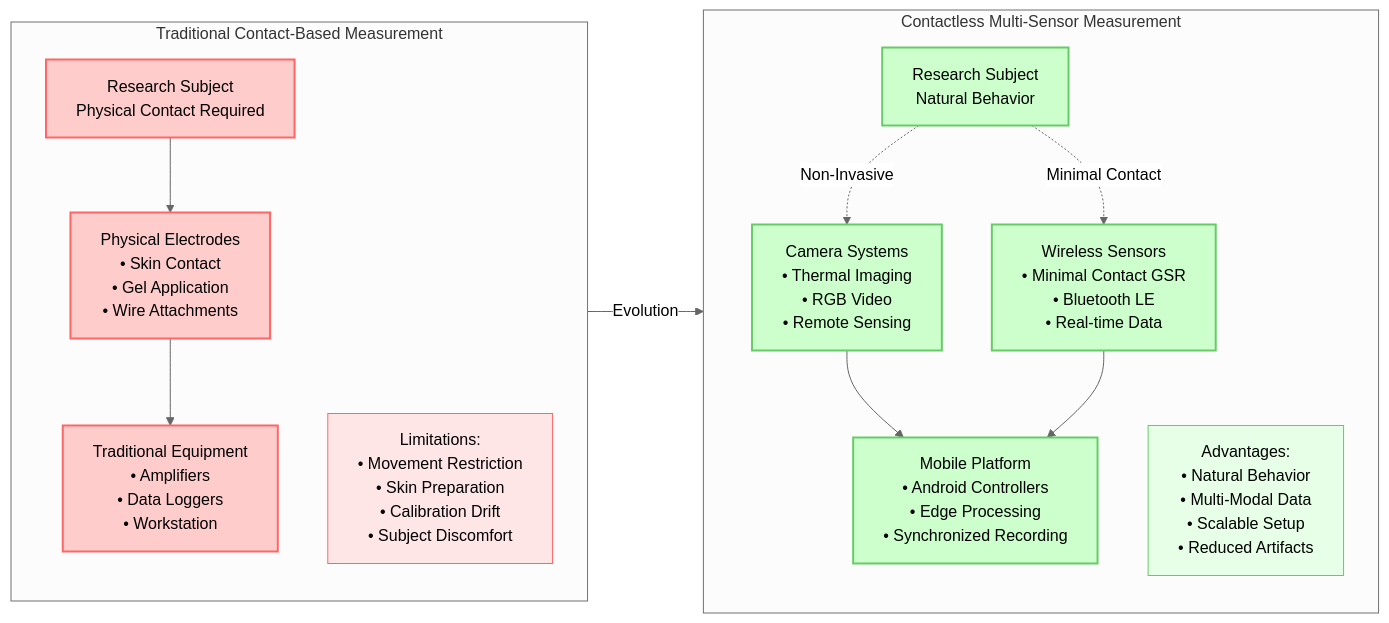
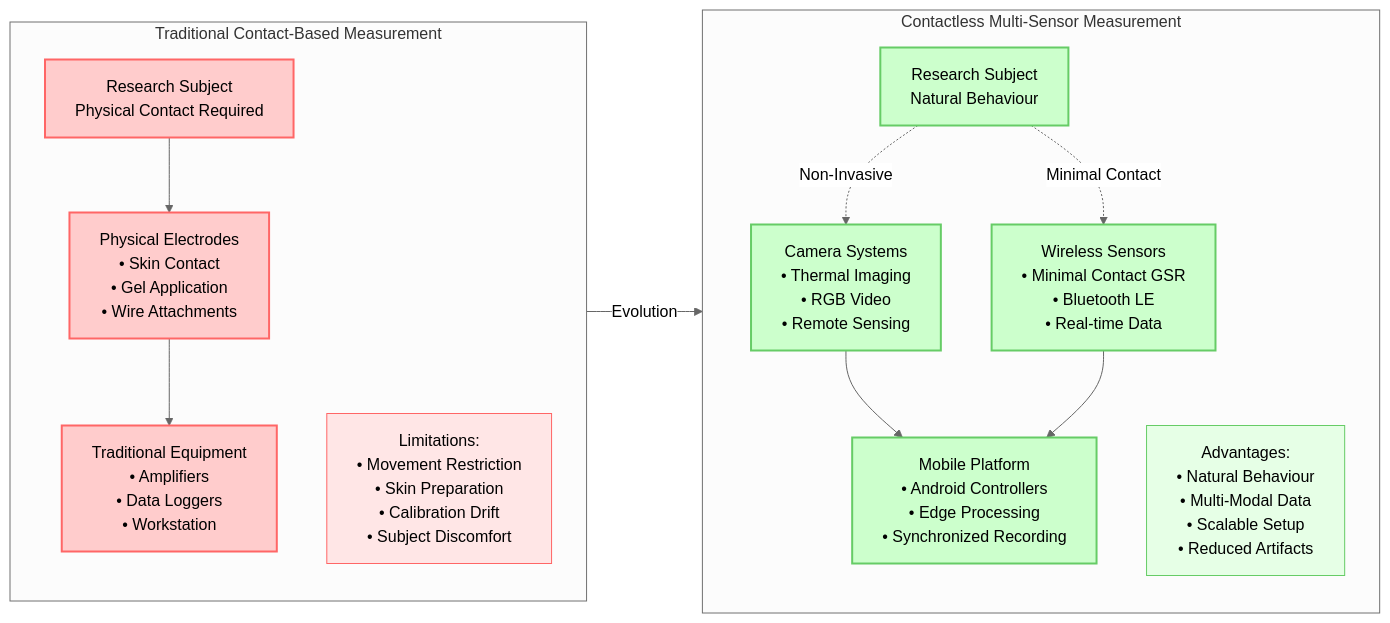
The first of 19 diagrams in docs/diagrams/missing_diagrams_generated.md (buccancs/fyp-multi-sensor-recording-system), drawn with Mermaid (neutral theme) before and after one commit. The commit also changed other lines of this file and 56 other files, not shown here.

````diff
--- a/docs/diagrams/missing_diagrams_generated.md
+++ b/docs/diagrams/missing_diagrams_generated.md
@@ -9,41 +9,41 @@
 ```mermaid
 graph LR
     subgraph TRADITIONAL ["Traditional Contact-Based Measurement"]
         direction TB
         TRAD_SUBJECT["Research Subject<br/>Physical Contact Required"]
         TRAD_ELECTRODES["Physical Electrodes<br/>• Skin Contact<br/>• Gel Application<br/>• Wire Attachments"]
         TRAD_EQUIPMENT["Traditional Equipment<br/>• Amplifiers<br/>• Data Loggers<br/>• Workstation"]
         
         TRAD_SUBJECT --> TRAD_ELECTRODES
         TRAD_ELECTRODES --> TRAD_EQUIPMENT
         
         TRAD_LIMITATIONS["Limitations:<br/>• Movement Restriction<br/>• Skin Preparation<br/>• Calibration Drift<br/>• Subject Discomfort"]
     end
     
     subgraph CONTACTLESS ["Contactless Multi-Sensor Measurement"]
         direction TB
-        CONT_SUBJECT["Research Subject<br/>Natural Behavior"]
+        CONT_SUBJECT["Research Subject<br/>Natural Behaviour"]
         CONT_CAMERAS["Camera Systems<br/>• Thermal Imaging<br/>• RGB Video<br/>• Remote Sensing"]
         CONT_WIRELESS["Wireless Sensors<br/>• Minimal Contact GSR<br/>• Bluetooth LE<br/>• Real-time Data"]
         CONT_MOBILE["Mobile Platform<br/>• Android Controllers<br/>• Edge Processing<br/>• Synchronized Recording"]
         
         CONT_SUBJECT -.->|Non-Invasive| CONT_CAMERAS
         CONT_SUBJECT -.->|Minimal Contact| CONT_WIRELESS
         CONT_CAMERAS --> CONT_MOBILE
         CONT_WIRELESS --> CONT_MOBILE
         
-        CONT_ADVANTAGES["Advantages:<br/>• Natural Behavior<br/>• Multi-Modal Data<br/>• Scalable Setup<br/>• Reduced Artifacts"]
+        CONT_ADVANTAGES["Advantages:<br/>• Natural Behaviour<br/>• Multi-Modal Data<br/>• Scalable Setup<br/>• Reduced Artifacts"]
     end
     
     TRADITIONAL --> |Evolution| CONTACTLESS
     
     classDef traditional fill:#ffcccc,stroke:#ff6666,stroke-width:2px
     classDef contactless fill:#ccffcc,stroke:#66cc66,stroke-width:2px
     classDef advantages fill:#e6ffe6,stroke:#66cc66,stroke-width:1px
     classDef limitations fill:#ffe6e6,stroke:#ff6666,stroke-width:1px
     
     class TRAD_SUBJECT,TRAD_ELECTRODES,TRAD_EQUIPMENT traditional
     class CONT_SUBJECT,CONT_CAMERAS,CONT_WIRELESS,CONT_MOBILE contactless
     class CONT_ADVANTAGES advantages
     class TRAD_LIMITATIONS limitations
 ```
````
